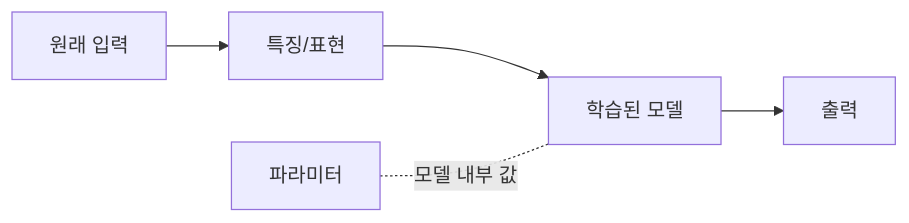
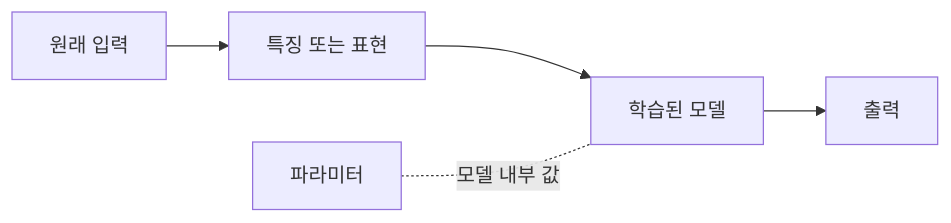
Before and after one commit to devchan64/AiBook: the diagram in docs/parts/part-01/chapter-04/section-03.md, drawn with Mermaid. The commit also changed other lines of this file and 13 other files, not shown here.

Commit message:
Translate Part 1 Korean diagrams

````diff
--- a/docs/parts/part-01/chapter-04/section-03.md
+++ b/docs/parts/part-01/chapter-04/section-03.md
@@ -240,11 +240,11 @@
 ```mermaid
 flowchart LR
   Raw[원래 입력]
-  Rep[특징/표현]
+  Rep[특징 또는 표현]
   Model[학습된 모델]
   Param[파라미터]
   Out[출력]
 
   Raw --> Rep --> Model --> Out
   Param -. 모델 내부 값 .- Model
 ```
````
